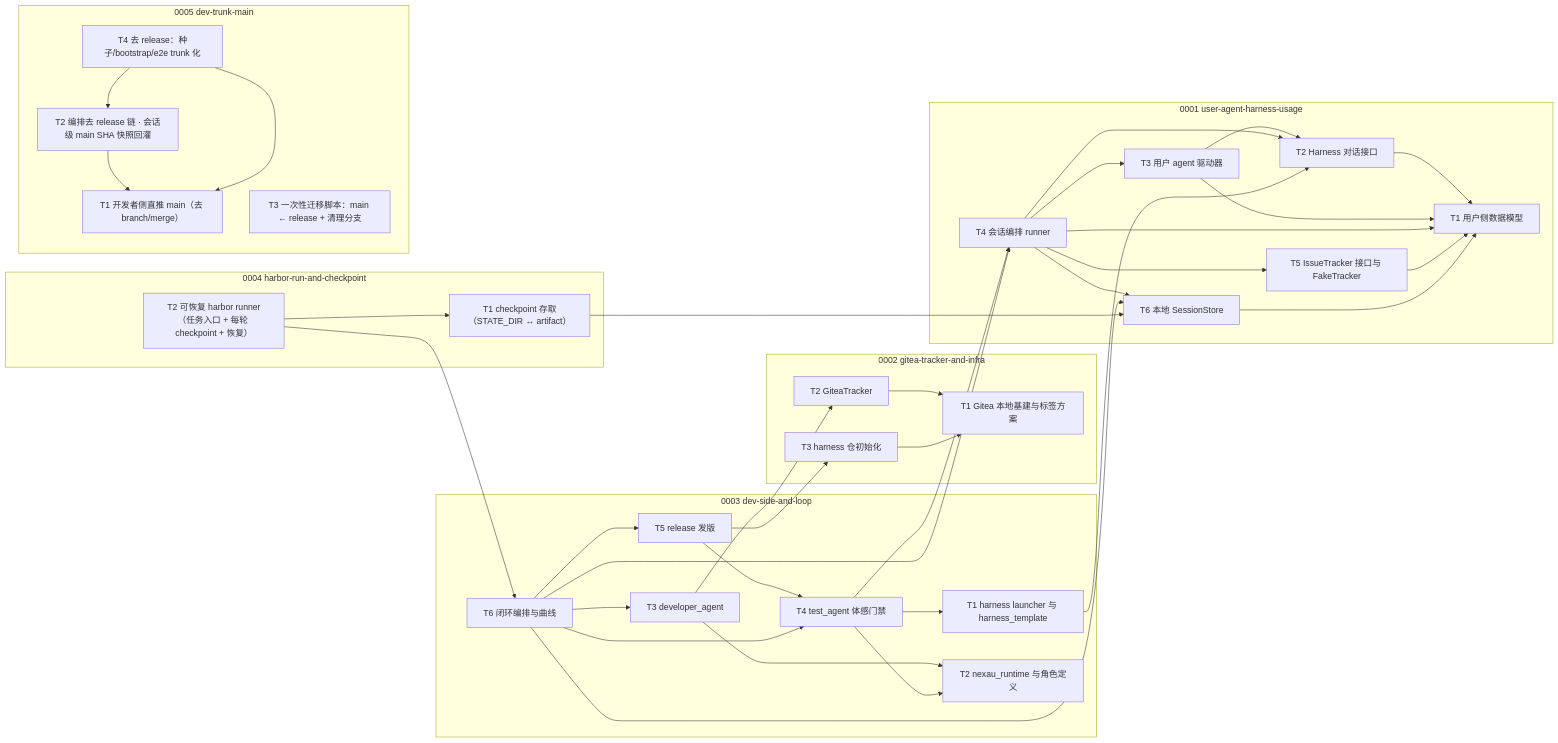
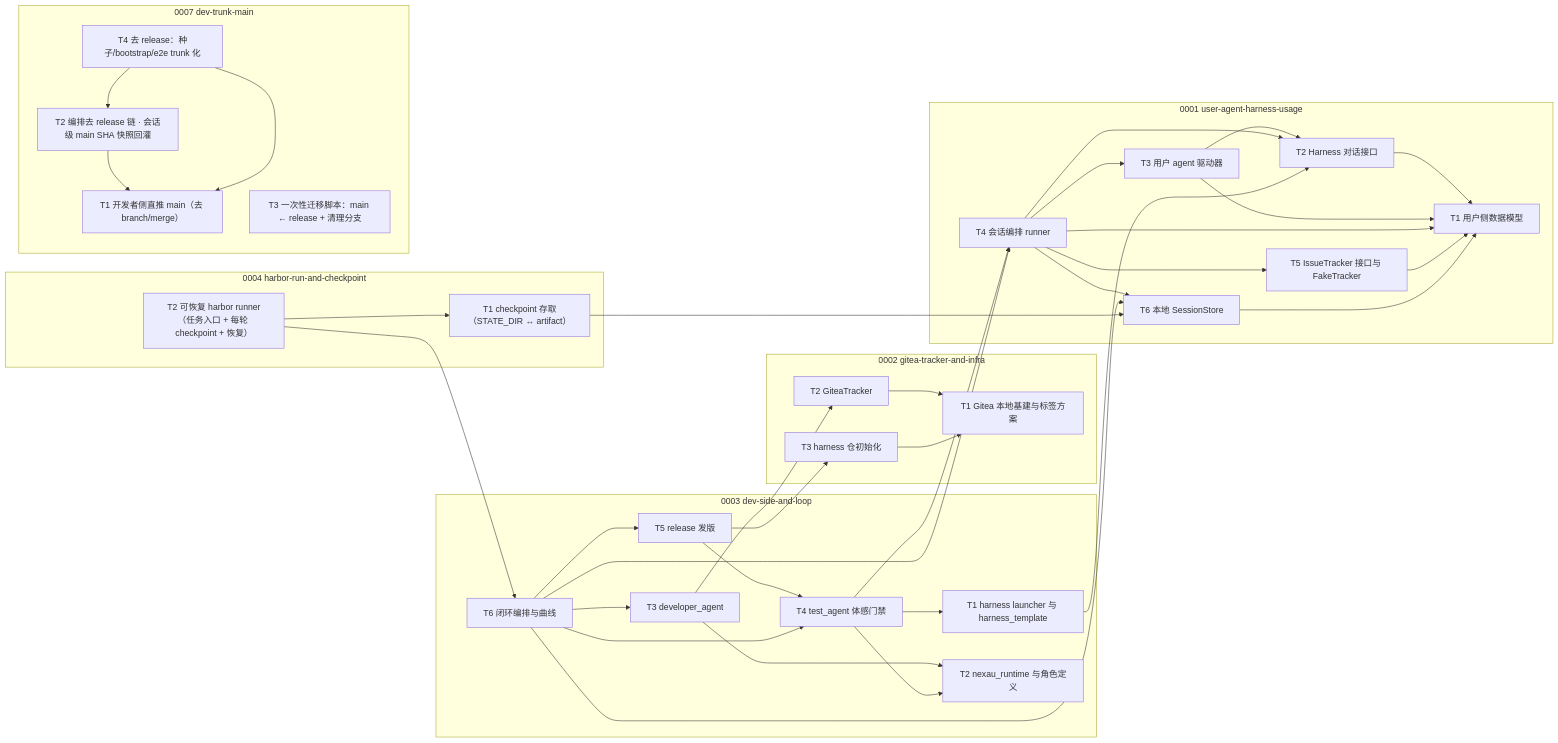
One commit to Curry09/AHE-Beta changed the first of 8 diagrams in docs/specs/OVERVIEW.md. Above: the diagram before and after it, drawn with Mermaid. The commit also changed other lines of this file and 18 other files, not shown here.

````diff
--- a/docs/specs/OVERVIEW.md
+++ b/docs/specs/OVERVIEW.md
@@ -186,65 +186,65 @@
 ```mermaid
 graph LR
     subgraph G0001[0001 user-agent-harness-usage]
         n0001_T1["T1 用户侧数据模型"]
         n0001_T2["T2 Harness 对话接口"]
         n0001_T3["T3 用户 agent 驱动器"]
         n0001_T4["T4 会话编排 runner"]
         n0001_T5["T5 IssueTracker 接口与 FakeTracker"]
         n0001_T6["T6 本地 SessionStore"]
     end
     subgraph G0002[0002 gitea-tracker-and-infra]
         n0002_T1["T1 Gitea 本地基建与标签方案"]
         n0002_T2["T2 GiteaTracker"]
         n0002_T3["T3 harness 仓初始化"]
     end
     subgraph G0003[0003 dev-side-and-loop]
         n0003_T1["T1 harness launcher 与 harness_template"]
         n0003_T2["T2 nexau_runtime 与角色定义"]
         n0003_T3["T3 developer_agent"]
         n0003_T4["T4 test_agent 体感门禁"]
         n0003_T5["T5 release 发版"]
         n0003_T6["T6 闭环编排与曲线"]
     end
     subgraph G0004[0004 harbor-run-and-checkpoint]
         n0004_T1["T1 checkpoint 存取（STATE_DIR ↔ artifact）"]
         n0004_T2["T2 可恢复 harbor runner（任务入口 + 每轮 checkpoint + 恢复）"]
     end
-    subgraph G0005[0005 dev-trunk-main]
-        n0005_T1["T1 开发者侧直推 main（去 branch/merge）"]
-        n0005_T2["T2 编排去 release 链 · 会话级 main SHA 快照回灌"]
-        n0005_T3["T3 一次性迁移脚本：main ← release + 清理分支"]
-        n0005_T4["T4 去 release：种子/bootstrap/e2e trunk 化"]
+    subgraph G0007[0007 dev-trunk-main]
+        n0007_T1["T1 开发者侧直推 main（去 branch/merge）"]
+        n0007_T2["T2 编排去 release 链 · 会话级 main SHA 快照回灌"]
+        n0007_T3["T3 一次性迁移脚本：main ← release + 清理分支"]
+        n0007_T4["T4 去 release：种子/bootstrap/e2e trunk 化"]
     end
     n0001_T2 --> n0001_T1
     n0001_T3 --> n0001_T1
     n0001_T3 --> n0001_T2
     n0001_T4 --> n0001_T1
     n0001_T4 --> n0001_T2
     n0001_T4 --> n0001_T3
     n0001_T4 --> n0001_T5
     n0001_T4 --> n0001_T6
     n0001_T5 --> n0001_T1
     n0001_T6 --> n0001_T1
     n0002_T2 --> n0002_T1
     n0002_T3 --> n0002_T1
     n0003_T1 --> n0001_T2
     n0003_T3 --> n0003_T2
     n0003_T3 --> n0002_T2
     n0003_T4 --> n0003_T1
     n0003_T4 --> n0003_T2
     n0003_T4 --> n0001_T4
     n0003_T5 --> n0003_T4
     n0003_T5 --> n0002_T3
     n0003_T6 --> n0003_T3
     n0003_T6 --> n0003_T4
     n0003_T6 --> n0003_T5
     n0003_T6 --> n0001_T4
     n0003_T6 --> n0001_T6
     n0004_T1 --> n0001_T6
     n0004_T2 --> n0004_T1
     n0004_T2 --> n0003_T6
-    n0005_T2 --> n0005_T1
-    n0005_T4 --> n0005_T1
-    n0005_T4 --> n0005_T2
+    n0007_T2 --> n0007_T1
+    n0007_T4 --> n0007_T1
+    n0007_T4 --> n0007_T2
 ```
````
